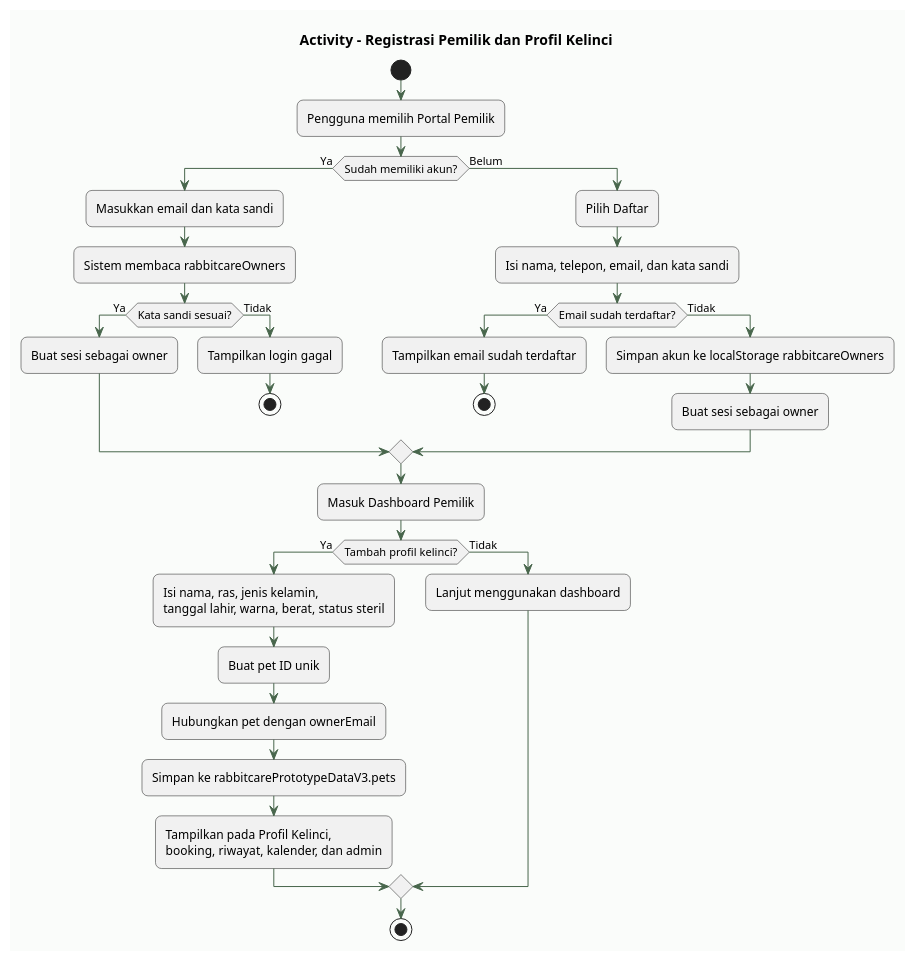
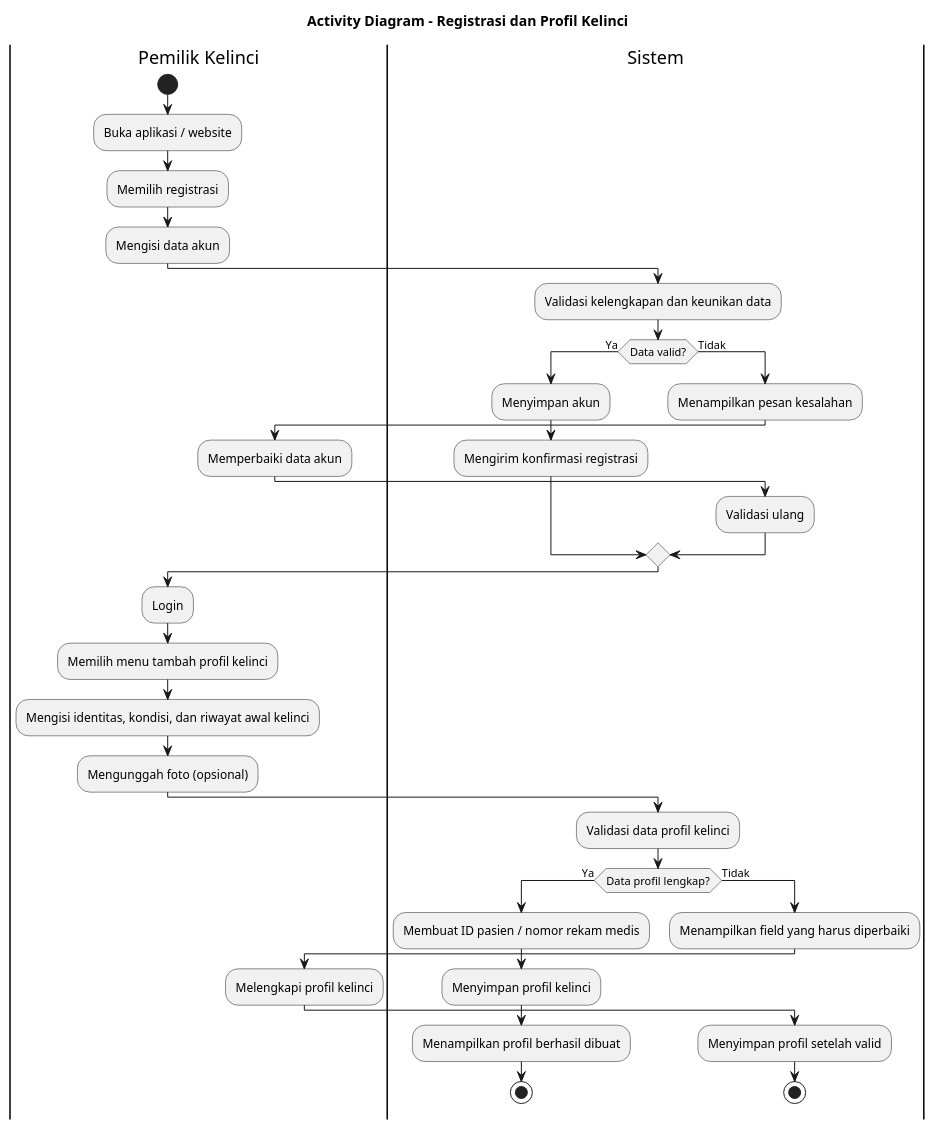
The diagram in diagrams/04_activity_registration_pet_profile.puml (audyyagustin/rabbitcare-apsi), drawn with PlantUML before and after one commit.

```diff
--- a/diagrams/04_activity_registration_pet_profile.puml
+++ b/diagrams/04_activity_registration_pet_profile.puml
@@ -1,46 +1,45 @@
 @startuml
 skinparam shadowing false
-skinparam roundcorner 12
-skinparam defaultFontName Arial
-skinparam ArrowColor #48664C
-skinparam BorderColor #48664C
-skinparam BackgroundColor #FAFCFA
-skinparam NoteBackgroundColor #FFF7E8
-skinparam NoteBorderColor #D99A43
-title Activity - Registrasi Pemilik dan Profil Kelinci
+title Activity Diagram - Registrasi dan Profil Kelinci
+
+|Pemilik Kelinci|
 start
-:Pengguna memilih Portal Pemilik;
-if (Sudah memiliki akun?) then (Ya)
-  :Masukkan email dan kata sandi;
-  :Sistem membaca rabbitcareOwners;
-  if (Kata sandi sesuai?) then (Ya)
-    :Buat sesi sebagai owner;
-  else (Tidak)
-    :Tampilkan login gagal;
-    stop
-  endif
-else (Belum)
-  :Pilih Daftar;
-  :Isi nama, telepon, email, dan kata sandi;
-  if (Email sudah terdaftar?) then (Ya)
-    :Tampilkan email sudah terdaftar;
-    stop
-  else (Tidak)
-    :Simpan akun ke localStorage rabbitcareOwners;
-    :Buat sesi sebagai owner;
-  endif
+:Buka aplikasi / website;
+:Memilih registrasi;
+:Mengisi data akun;
+
+|Sistem|
+:Validasi kelengkapan dan keunikan data;
+if (Data valid?) then (Ya)
+  :Menyimpan akun;
+  :Mengirim konfirmasi registrasi;
+else (Tidak)
+  :Menampilkan pesan kesalahan;
+  |Pemilik Kelinci|
+  :Memperbaiki data akun;
+  |Sistem|
+  :Validasi ulang;
 endif
-:Masuk Dashboard Pemilik;
-if (Tambah profil kelinci?) then (Ya)
-  :Isi nama, ras, jenis kelamin,
-tanggal lahir, warna, berat, status steril;
-  :Buat pet ID unik;
-  :Hubungkan pet dengan ownerEmail;
-  :Simpan ke rabbitcarePrototypeDataV3.pets;
-  :Tampilkan pada Profil Kelinci,
-booking, riwayat, kalender, dan admin;
+
+|Pemilik Kelinci|
+:Login;
+:Memilih menu tambah profil kelinci;
+:Mengisi identitas, kondisi, dan riwayat awal kelinci;
+:Mengunggah foto (opsional);
+
+|Sistem|
+:Validasi data profil kelinci;
+if (Data profil lengkap?) then (Ya)
+  :Membuat ID pasien / nomor rekam medis;
+  :Menyimpan profil kelinci;
+  :Menampilkan profil berhasil dibuat;
+  stop
 else (Tidak)
-  :Lanjut menggunakan dashboard;
+  :Menampilkan field yang harus diperbaiki;
+  |Pemilik Kelinci|
+  :Melengkapi profil kelinci;
+  |Sistem|
+  :Menyimpan profil setelah valid;
+  stop
 endif
-stop
 @enduml
```
